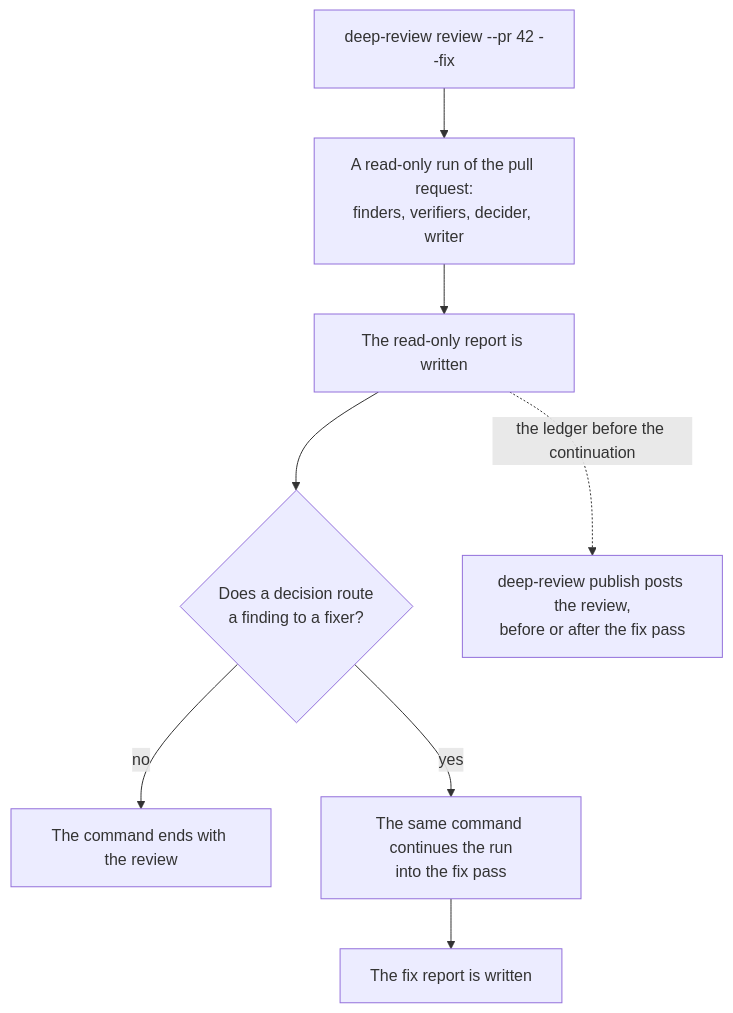
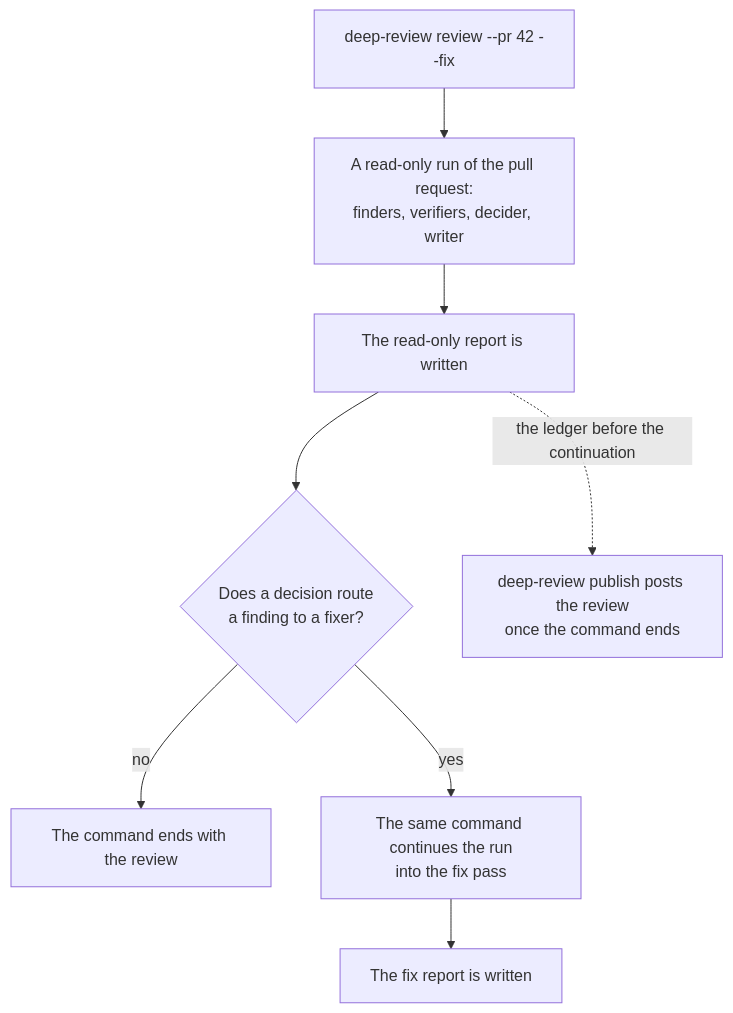
Before and after one commit to josephjang/deep-review: the diagram in docs/changes/2026-11-08-review-of-a-fix-run.requirements.md, drawn with Mermaid. The commit also changed other lines of this file, not shown here.

First line of the commit message:
docs(changes): Post the review of one command once it ends

````diff
--- a/docs/changes/2026-11-08-review-of-a-fix-run.requirements.md
+++ b/docs/changes/2026-11-08-review-of-a-fix-run.requirements.md
@@ -11,10 +11,10 @@
 ```mermaid
 flowchart TD
     A["deep-review review --pr 42 --fix"] --> B["A read-only run of the pull request:<br/>finders, verifiers, decider, writer"]
     B --> C["The read-only report is written"]
     C --> D{"Does a decision route<br/>a finding to a fixer?"}
     D -->|no| E["The command ends with the review"]
     D -->|yes| F["The same command continues the run<br/>into the fix pass"]
     F --> G["The fix report is written"]
-    C -.->|"the ledger before the continuation"| H["deep-review publish posts the review,<br/>before or after the fix pass"]
+    C -.->|"the ledger before the continuation"| H["deep-review publish posts the review<br/>once the command ends"]
 ```
````
